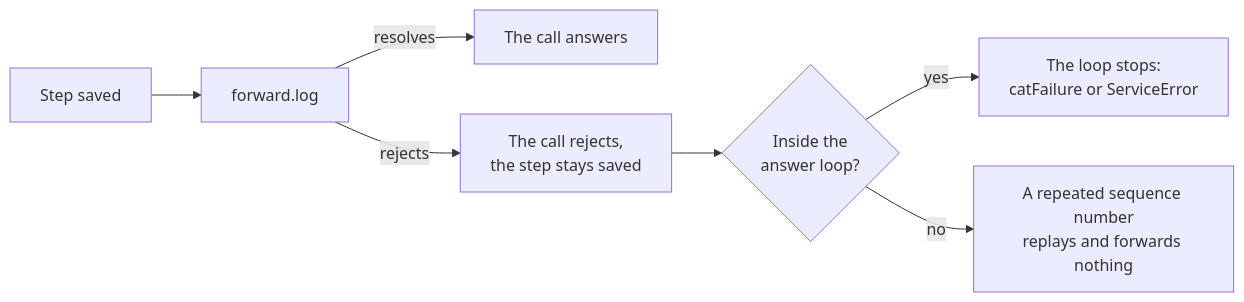
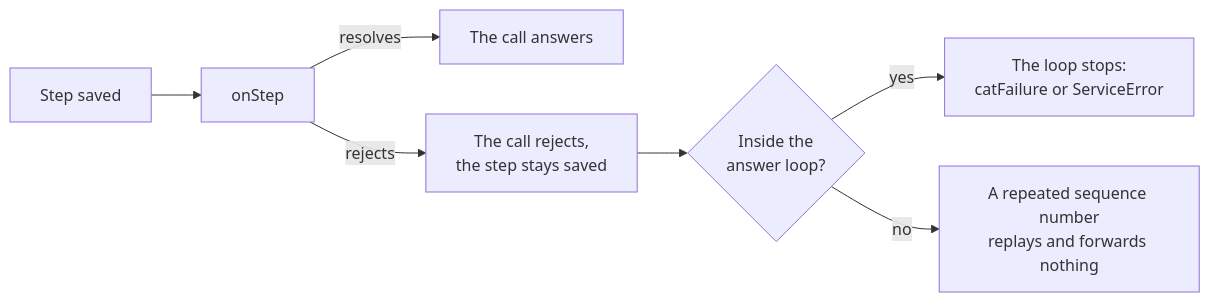
Before and after one commit to assesskit/assesskit: the fourth of 5 diagrams in docs/player/server.md, drawn with Mermaid. The commit also changed other lines of this file and 19 other files, not shown here.

````diff
--- a/docs/player/server.md
+++ b/docs/player/server.md
@@ -315,9 +315,9 @@
 ```mermaid
 flowchart LR
-  S[Step saved] --> L[forward.log]
+  S[Step saved] --> L[onStep]
   L -->|resolves| R[The call answers]
   L -->|rejects| X[The call rejects,<br/>the step stays saved]
   X --> A{Inside the<br/>answer loop?}
   A -->|yes| C[The loop stops:<br/>catFailure or ServiceError]
   A -->|no| H[A repeated sequence number<br/>replays and forwards nothing]
 ```
````
